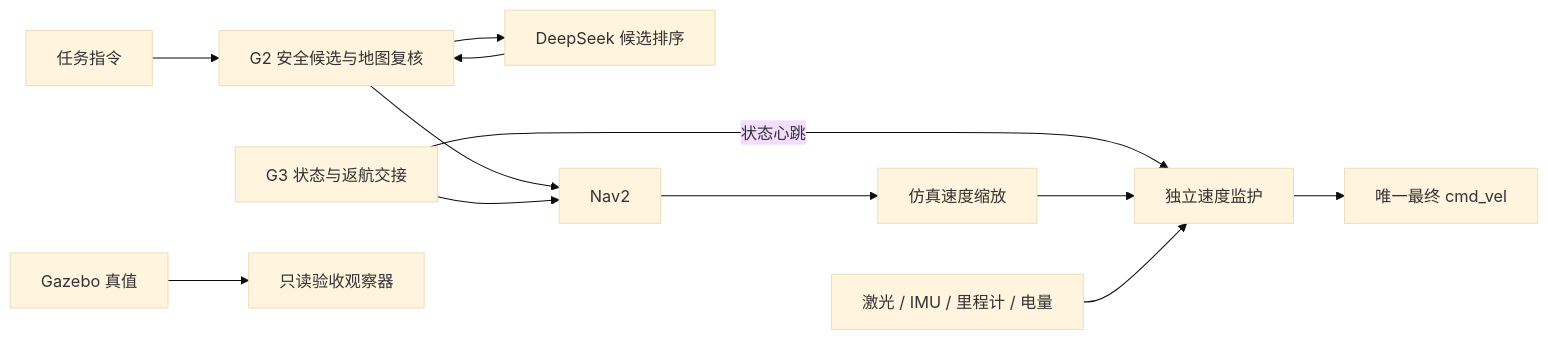
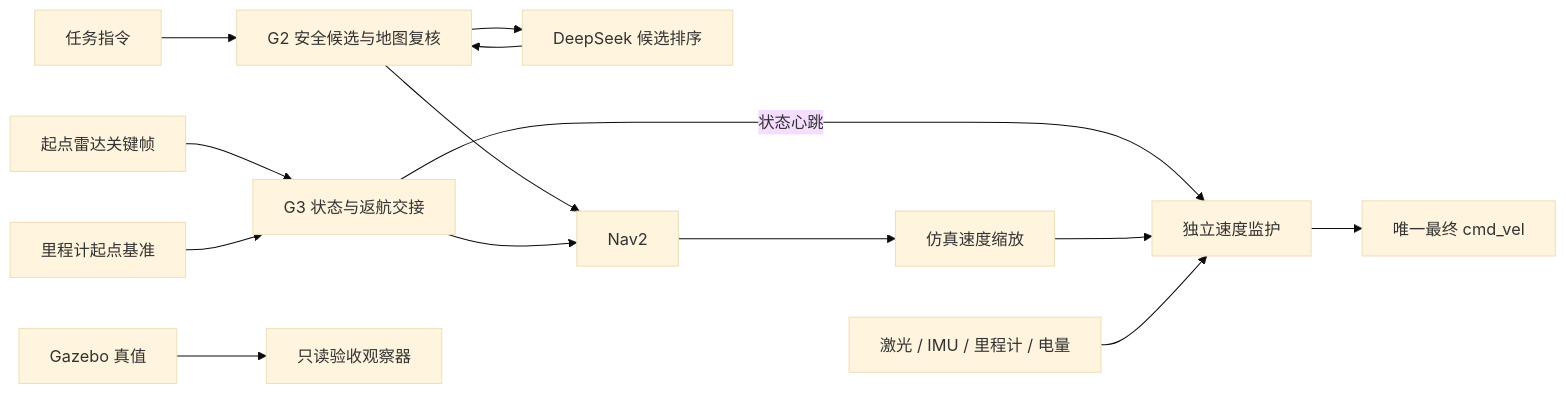
The diagram in 创新实践/external/go2_real_robot/qwen_robotnav/docs/navigation-runtime.md (AtoFuture/dog2dog), drawn with Mermaid (base theme) before and after one commit. The commit also changed other lines of this file and 14 other files, not shown here.

````diff
--- a/创新实践/external/go2_real_robot/qwen_robotnav/docs/navigation-runtime.md
+++ b/创新实践/external/go2_real_robot/qwen_robotnav/docs/navigation-runtime.md
@@ -7,14 +7,16 @@
 ```mermaid
 flowchart LR
     Task[任务指令] --> G2[G2 安全候选与地图复核]
     G2 --> Brain[DeepSeek 候选排序]
     Brain --> G2
     G2 --> Nav2
     G3[G3 状态与返航交接] --> Nav2
+    LidarHome[起点雷达关键帧] --> G3
+    OdomHome[里程计起点基准] --> G3
     G3 -->|状态心跳| Guard[独立速度监护]
     Nav2 --> Scaler[仿真速度缩放]
     Scaler --> Guard
     Sensors[激光 / IMU / 里程计 / 电量] --> Guard
     Guard --> Sim[唯一最终 cmd_vel]
     GT[Gazebo 真值] --> Observer[只读验收观察器]
 ```
````
